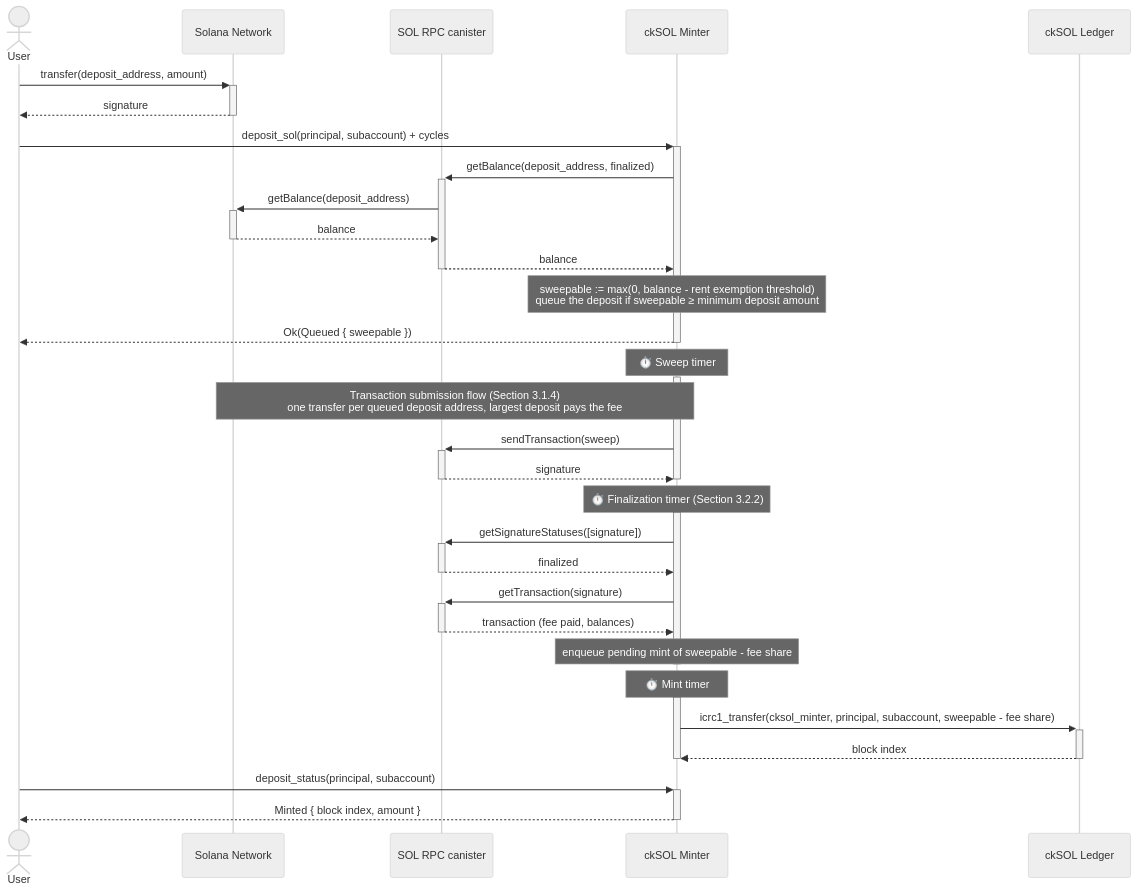
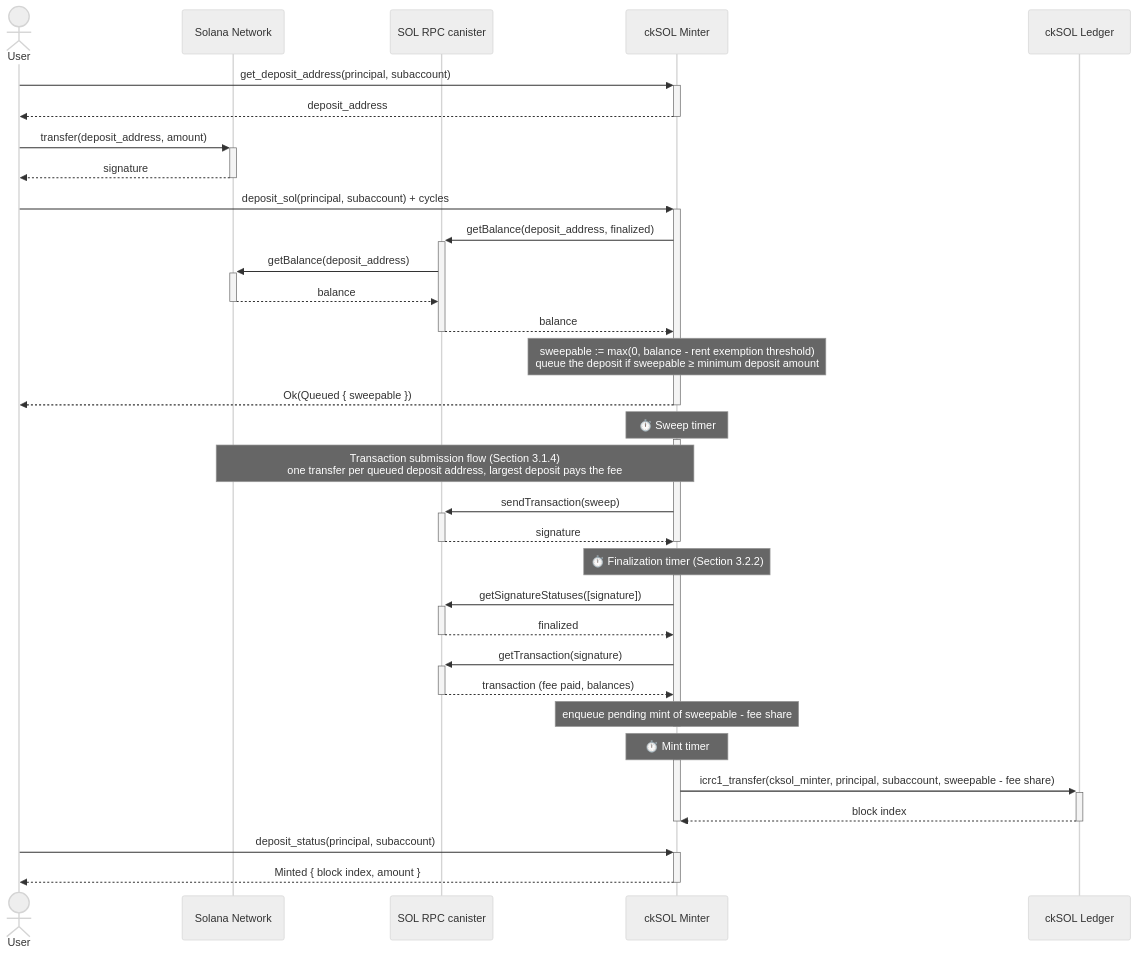
Before and after one commit to dfinity/cksol: the third of 7 diagrams in docs/design.md, drawn with Mermaid (neutral theme).

Commit message:
docs(design): show get_deposit_address in the manual flow diagram

````diff
--- a/docs/design.md
+++ b/docs/design.md
@@ -305,43 +305,45 @@
 ```mermaid
 sequenceDiagram
     actor User
     participant Solana as Solana Network
     participant RPC as SOL RPC canister
     participant Minter as ckSOL Minter
     participant Ledger as ckSOL Ledger
 
+    User->>+Minter: get_deposit_address(principal, subaccount)
+    Minter-->>-User: deposit_address
     User->>+Solana: transfer(deposit_address, amount)
     Solana-->>-User: signature
     User->>+Minter: deposit_sol(principal, subaccount) + cycles
     Minter->>+RPC: getBalance(deposit_address, finalized)
     RPC->>+Solana: getBalance(deposit_address)
     Solana-->>-RPC: balance
     RPC-->>-Minter: balance
     Note over Minter: sweepable := max(0, balance - rent exemption threshold)<br/>queue the deposit if sweepable ≥ minimum deposit amount
     Minter-->>-User: Ok(Queued { sweepable })
 
     Note over Minter: ⏱️ Sweep timer
     activate Minter
     Note over Solana,Minter: Transaction submission flow (Section 3.1.4)<br/>one transfer per queued deposit address, largest deposit pays the fee
     Minter->>+RPC: sendTransaction(sweep)
     RPC-->>-Minter: signature
     deactivate Minter
 
     Note over Minter: ⏱️ Finalization timer (Section 3.2.2)
     activate Minter
     Minter->>+RPC: getSignatureStatuses([signature])
     RPC-->>-Minter: finalized
     Minter->>+RPC: getTransaction(signature)
     RPC-->>-Minter: transaction (fee paid, balances)
     Note over Minter: enqueue pending mint of sweepable - fee share
     deactivate Minter
 
     Note over Minter: ⏱️ Mint timer
     activate Minter
     Minter->>+Ledger: icrc1_transfer(cksol_minter, principal, subaccount, sweepable - fee share)
     Ledger-->>-Minter: block index
     deactivate Minter
 
     User->>+Minter: deposit_status(principal, subaccount)
     Minter-->>-User: Minted { block index, amount }
 ```
````
